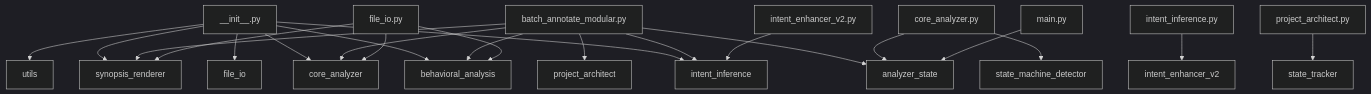
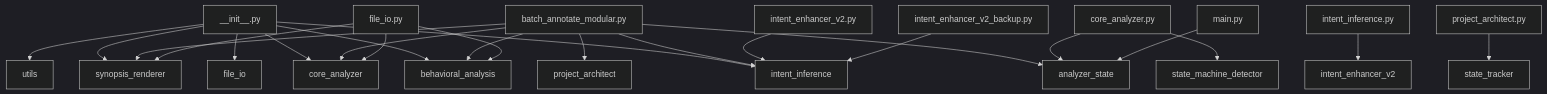
Before and after one commit to chase1971/code_synopsis_annotator: the diagram in PROJECT_STRUCTURE.md, drawn with Mermaid (dark theme). The commit also changed other lines of this file and 5 other files, not shown here.

````diff
--- a/PROJECT_STRUCTURE.md
+++ b/PROJECT_STRUCTURE.md
@@ -145,24 +105,25 @@
 ```mermaid
 graph TD
     __init__.py --> behavioral_analysis
     __init__.py --> core_analyzer
     __init__.py --> file_io
     __init__.py --> intent_inference
     __init__.py --> synopsis_renderer
     __init__.py --> utils
     batch_annotate_modular.py --> analyzer_state
     batch_annotate_modular.py --> behavioral_analysis
     batch_annotate_modular.py --> core_analyzer
     batch_annotate_modular.py --> intent_inference
     batch_annotate_modular.py --> project_architect
     batch_annotate_modular.py --> synopsis_renderer
     core_analyzer.py --> analyzer_state
     core_analyzer.py --> state_machine_detector
     file_io.py --> behavioral_analysis
     file_io.py --> core_analyzer
     file_io.py --> synopsis_renderer
     intent_enhancer_v2.py --> intent_inference
+    intent_enhancer_v2_backup.py --> intent_inference
     intent_inference.py --> intent_enhancer_v2
     main.py --> analyzer_state
     project_architect.py --> state_tracker
 ```
````
